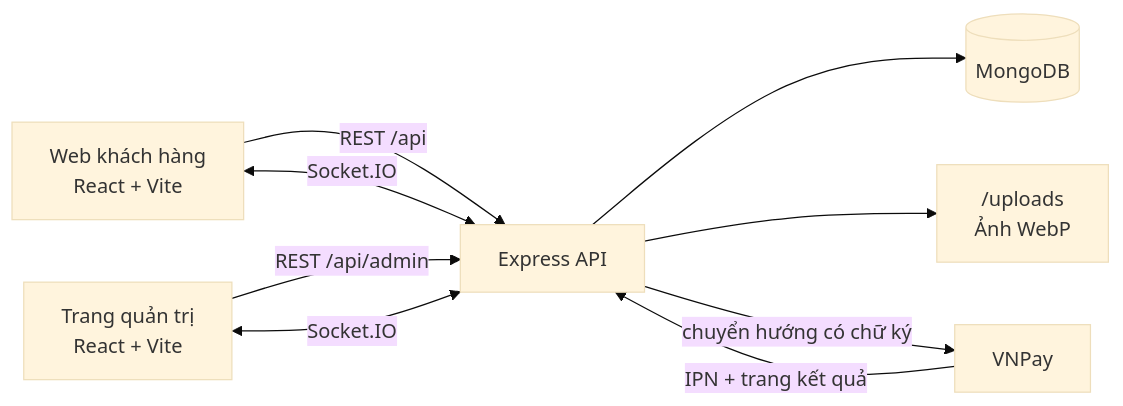
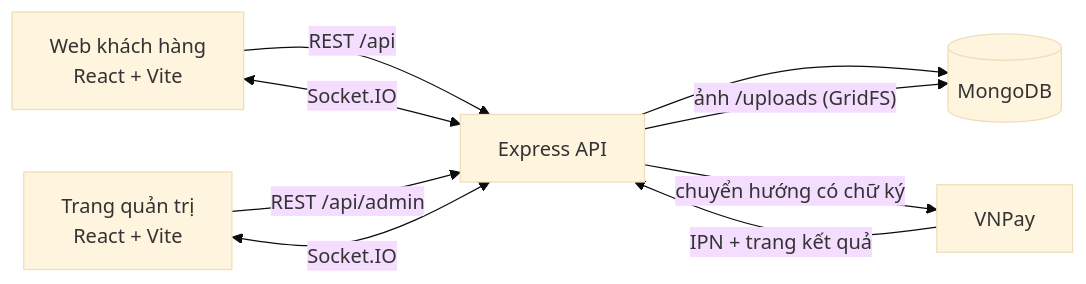
One commit to PhuHuu16/ShopCar changed the diagram in README.md. Above: the diagram before and after it, drawn with Mermaid (base theme). The commit also changed other lines of this file and 11 other files, not shown here.

````diff
--- a/README.md
+++ b/README.md
@@ -67,11 +67,11 @@
 ```mermaid
 flowchart LR
   C[Web khách hàng<br/>React + Vite] -- REST /api --> A
   M[Trang quản trị<br/>React + Vite] -- REST /api/admin --> A
   C <-- Socket.IO --> A
   M <-- Socket.IO --> A
   A[Express API] --> D[(MongoDB)]
-  A --> U["/uploads<br/>Ảnh WebP"]
+  A -->|"ảnh /uploads (GridFS)"| D
   A -- chuyển hướng có chữ ký --> V[VNPay]
   V -- IPN + trang kết quả --> A
 ```
````
